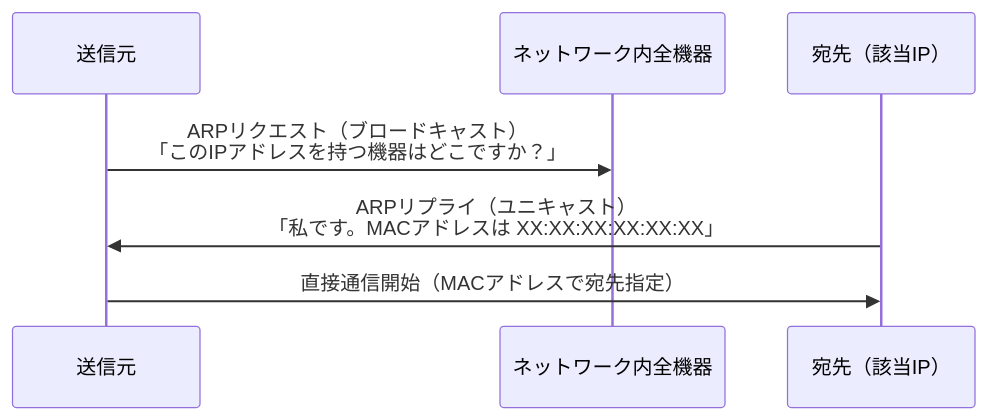
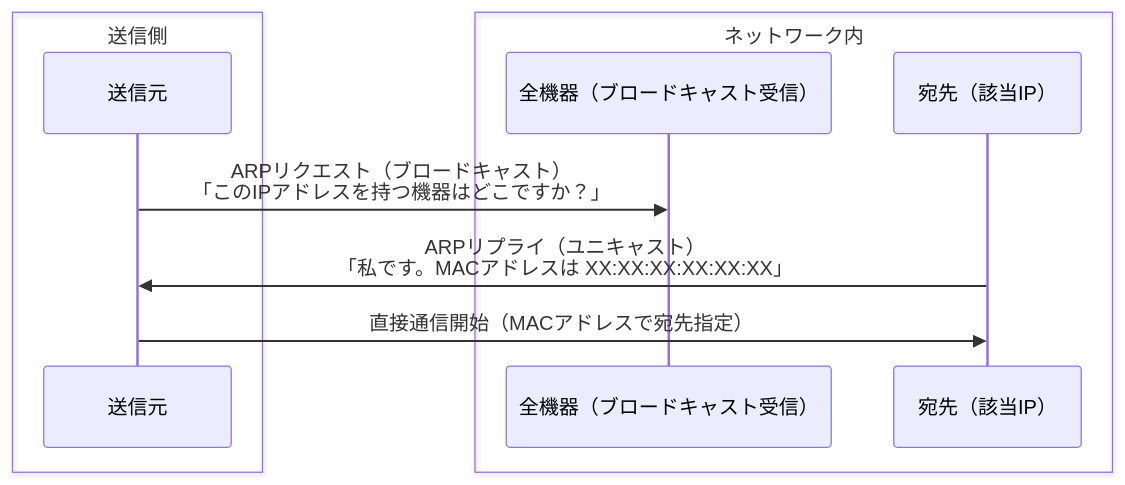
Before and after one commit to Bassiy/share_knowledge: the diagram in concepts/arp.md, drawn with Mermaid. The commit also changed other lines of this file, not shown here.

````diff
--- a/concepts/arp.md
+++ b/concepts/arp.md
@@ -10,10 +10,14 @@
 ```mermaid
 sequenceDiagram
+    box 送信側
     participant A as 送信元
-    participant ALL as ネットワーク内全機器
+    end
+    box ネットワーク内
+    participant ALL as 全機器（ブロードキャスト受信）
     participant B as 宛先（該当IP）
+    end
 
     A->>ALL: ARPリクエスト（ブロードキャスト）<br/>「このIPアドレスを持つ機器はどこですか？」
     B->>A: ARPリプライ（ユニキャスト）<br/>「私です。MACアドレスは XX:XX:XX:XX:XX:XX」
     A->>B: 直接通信開始（MACアドレスで宛先指定）
 ```
````
